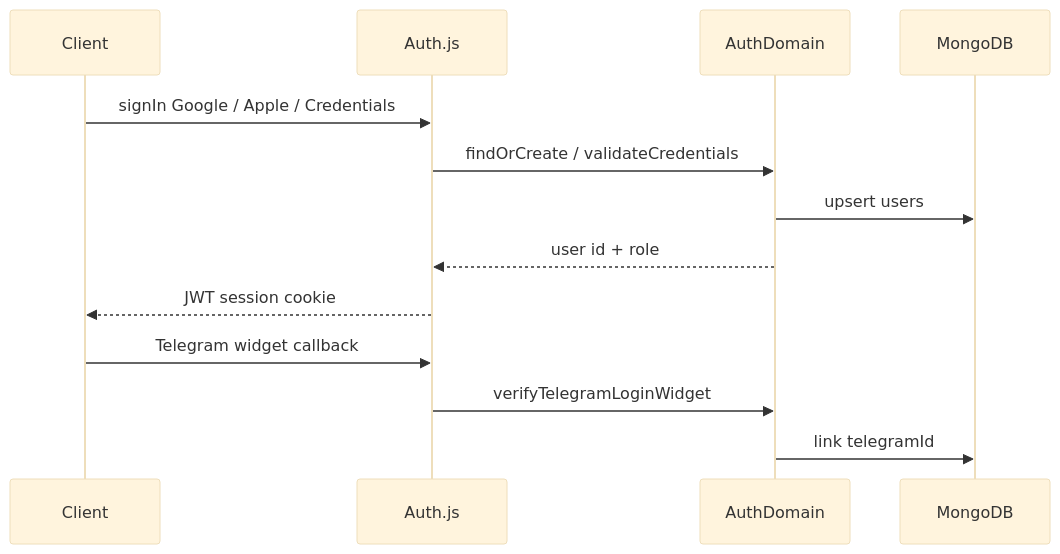
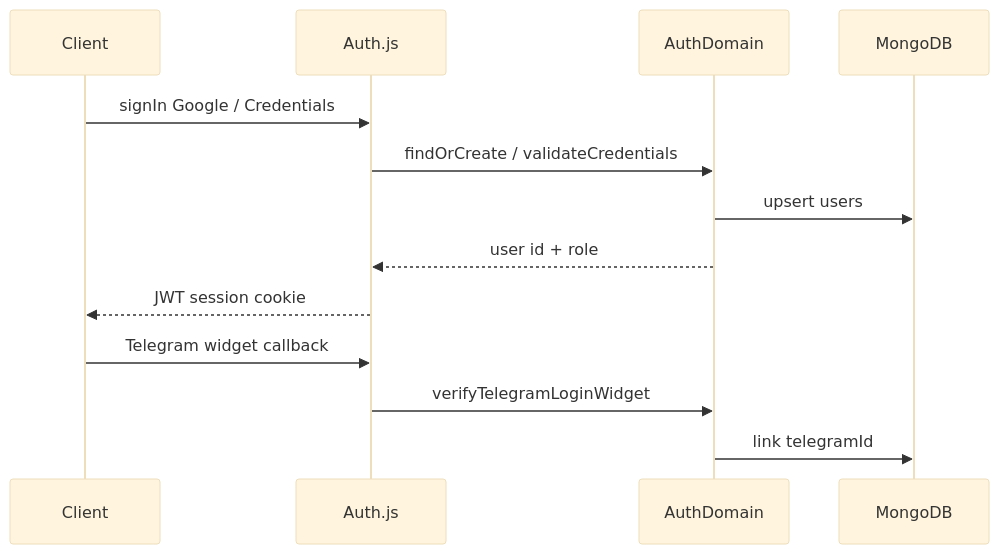
The diagram in .ai/docs/features/auth_and_profiles.md (Loggy-4ya/system-for-local-organization), drawn with Mermaid (base theme) before and after one commit. The commit also changed other lines of this file and 119 other files, not shown here.

````diff
--- a/.ai/docs/features/auth_and_profiles.md
+++ b/.ai/docs/features/auth_and_profiles.md
@@ -67,17 +67,17 @@
 ```mermaid
 sequenceDiagram
   participant Client
   participant AuthJS as Auth.js
   participant AuthDomain
   participant MongoDB
 
-  Client->>AuthJS: signIn Google / Apple / Credentials
+  Client->>AuthJS: signIn Google / Credentials
   AuthJS->>AuthDomain: findOrCreate / validateCredentials
   AuthDomain->>MongoDB: upsert users
   AuthDomain-->>AuthJS: user id + role
   AuthJS-->>Client: JWT session cookie
 
   Client->>AuthJS: Telegram widget callback
   AuthJS->>AuthDomain: verifyTelegramLoginWidget
   AuthDomain->>MongoDB: link telegramId
 ```
````
